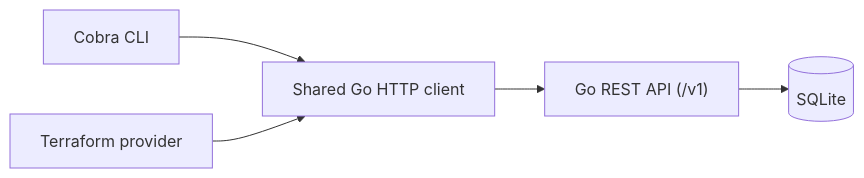
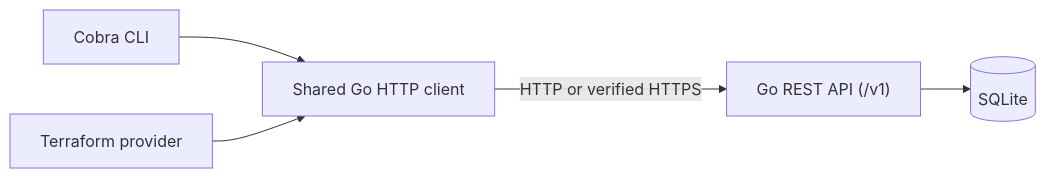
The diagram in README.md (ahmedr1zwan/flagctl), drawn with Mermaid before and after one commit. The commit also changed other lines of this file and 9 other files, not shown here.

````diff
--- a/README.md
+++ b/README.md
@@ -27,7 +29,7 @@
 ```mermaid
 flowchart LR
     CLI["Cobra CLI"] --> Client["Shared Go HTTP client"]
     Terraform["Terraform provider"] --> Client
-    Client --> API["Go REST API (/v1)"]
+    Client -->|HTTP or verified HTTPS| API["Go REST API (/v1)"]
     API --> DB[(SQLite)]
 ```
````
